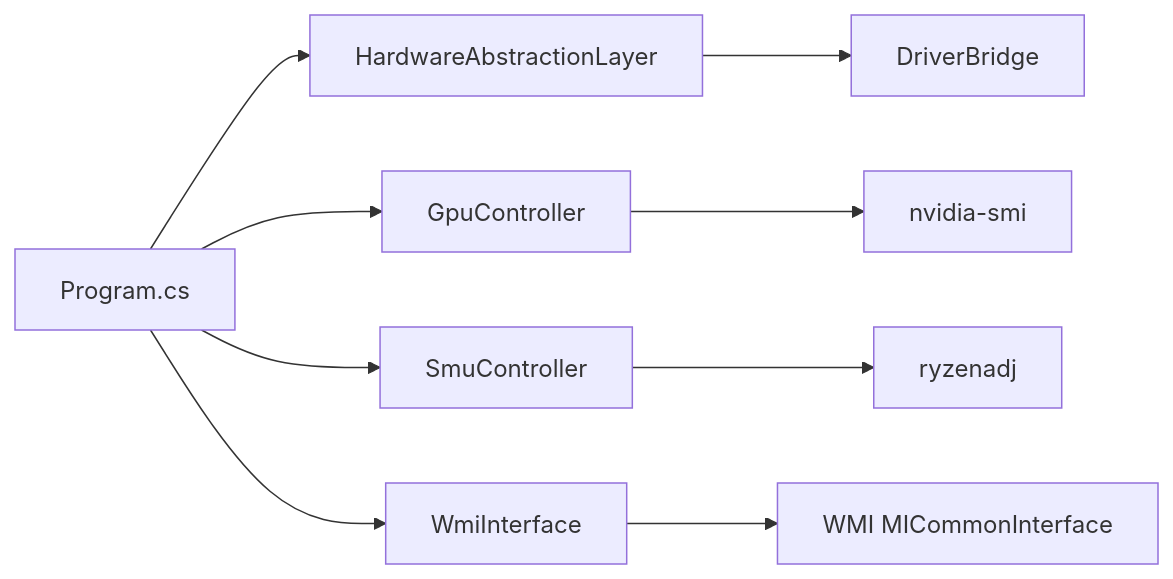
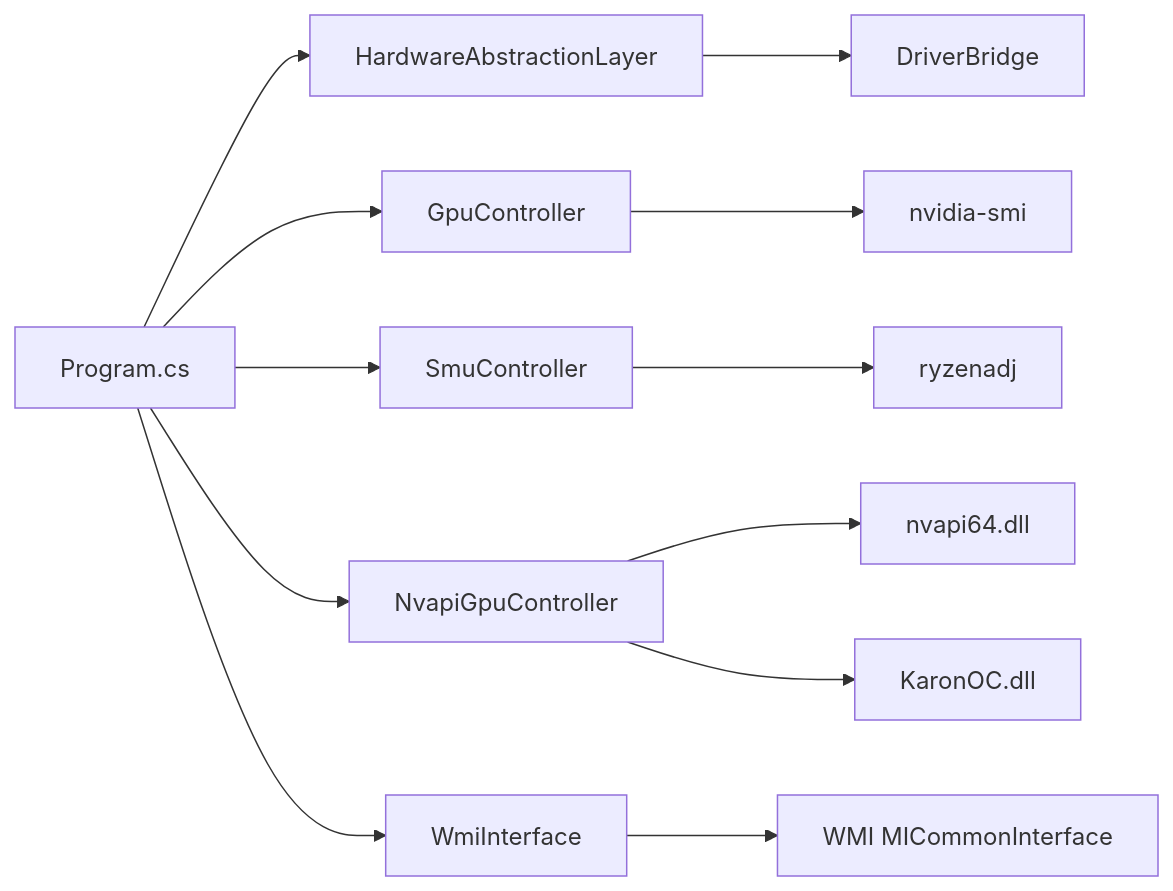
One commit to KanzakiK/DOUZHANZHE-Control changed the tenth of 10 diagrams in .qoder/repowiki/zh/content/硬件控制模块/GPU控制器.md. Above: the diagram before and after it, drawn with Mermaid. The commit also changed other lines of this file and 27 other files, not shown here.

````diff
--- a/.qoder/repowiki/zh/content/硬件控制模块/GPU控制器.md
+++ b/.qoder/repowiki/zh/content/硬件控制模块/GPU控制器.md
@@ -340,11 +421,14 @@
 ```mermaid
 graph LR
 Program["Program.cs"] --> HAL["HardwareAbstractionLayer"]
 Program --> GPU["GpuController"]
 Program --> SMU["SmuController"]
+Program --> NVAPI["NvapiGpuController"]
 Program --> WMI["WmiInterface"]
 HAL --> Driver["DriverBridge"]
 GPU --> NV["nvidia-smi"]
 SMU --> ADJ["ryzenadj"]
+NVAPI --> NVAPI64["nvapi64.dll"]
+NVAPI --> KARON["KaronOC.dll"]
 WMI --> WMI_IF["WMI MICommonInterface"]
 ```
````
